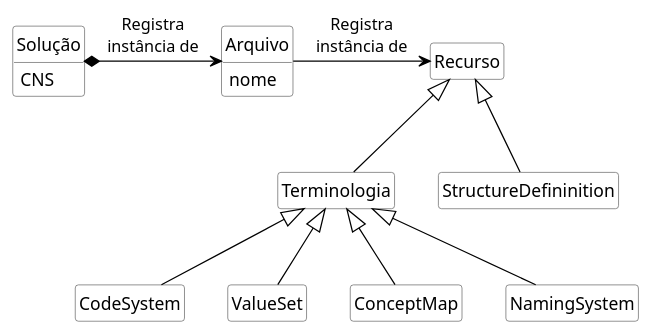
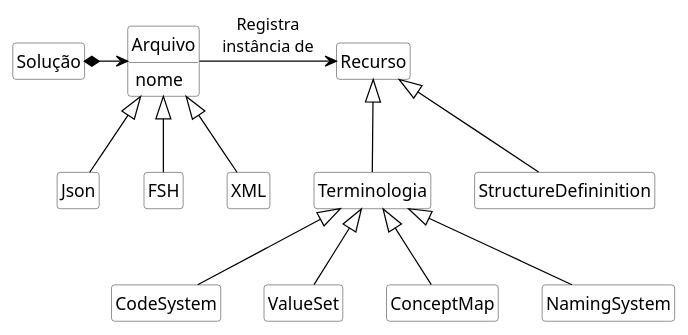
Before and after one commit to rnds-tools/gui: the diagram in diagramas/dominio.puml, drawn with PlantUML.

Commit message:
formatos de arquivos

```diff
--- a/diagramas/dominio.puml
+++ b/diagramas/dominio.puml
@@ -1,52 +1,64 @@
 @startuml dominio
 
 hide circle
 hide methods
 hide empty members
 
 skinparam class {
     BackgroundColor White
     ArrowColor Black
     BorderColor #505050
 }
 
 class Solução {
-    CNS
 }
 
 class Arquivo {
     nome
+}
+
+class Json {
+}
+
+class FSH {
+}
+
+class XML {
 }
 
 class Recurso {
 }
 
 class Terminologia {
 }
 
 class CodeSystem {
 }
 
 class ValueSet {
 }
 
 class ConceptMap {
 }
 
 class NamingSystem {
 }
 
 class StructureDefininition {
 }
 
 Terminologia -up-|> Recurso
 StructureDefininition -up-|> Recurso
 CodeSystem -up-|> Terminologia
 ValueSet -up-|> Terminologia
 ConceptMap -up-|> Terminologia
 NamingSystem -up-|> Terminologia
 
 Arquivo -right-> Recurso : "Registra\ninstância de"
-Solução *-right-> Arquivo : "Registra\ninstância de"
+Solução *-right-> Arquivo
+
+XML -up-|> Arquivo
+Json -up-|> Arquivo
+FSH -up-|> Arquivo
 
 @enduml
```
